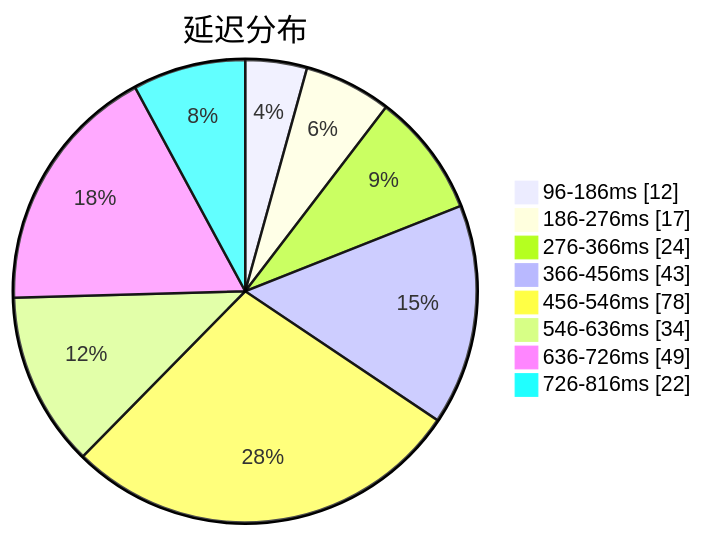
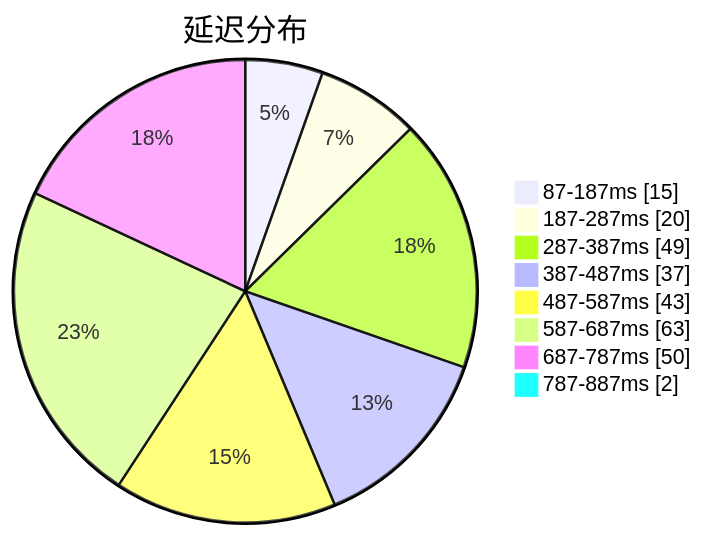
Before and after one commit to sinspired/airport: the first of 3 diagrams in subs/statistics/tested_within.md, drawn with Mermaid. The commit also changed other lines of this file and 2 other files, not shown here.

````diff
--- a/subs/statistics/tested_within.md
+++ b/subs/statistics/tested_within.md
@@ -2,12 +2,12 @@
 ```mermaid
 pie showData
 title 延迟分布
-"96-186ms" : 12
-"186-276ms" : 17
-"276-366ms" : 24
-"366-456ms" : 43
-"456-546ms" : 78
-"546-636ms" : 34
-"636-726ms" : 49
-"726-816ms" : 22
+"87-187ms" : 15
+"187-287ms" : 20
+"287-387ms" : 49
+"387-487ms" : 37
+"487-587ms" : 43
+"587-687ms" : 63
+"687-787ms" : 50
+"787-887ms" : 2
 ```
````
